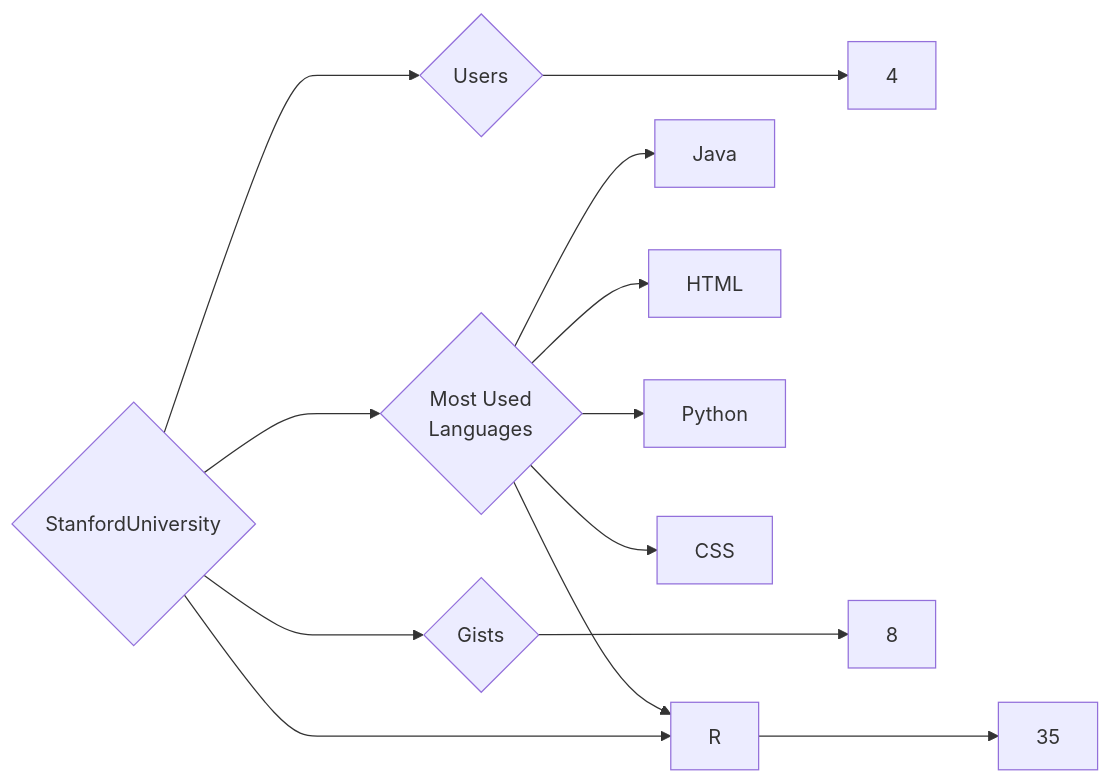
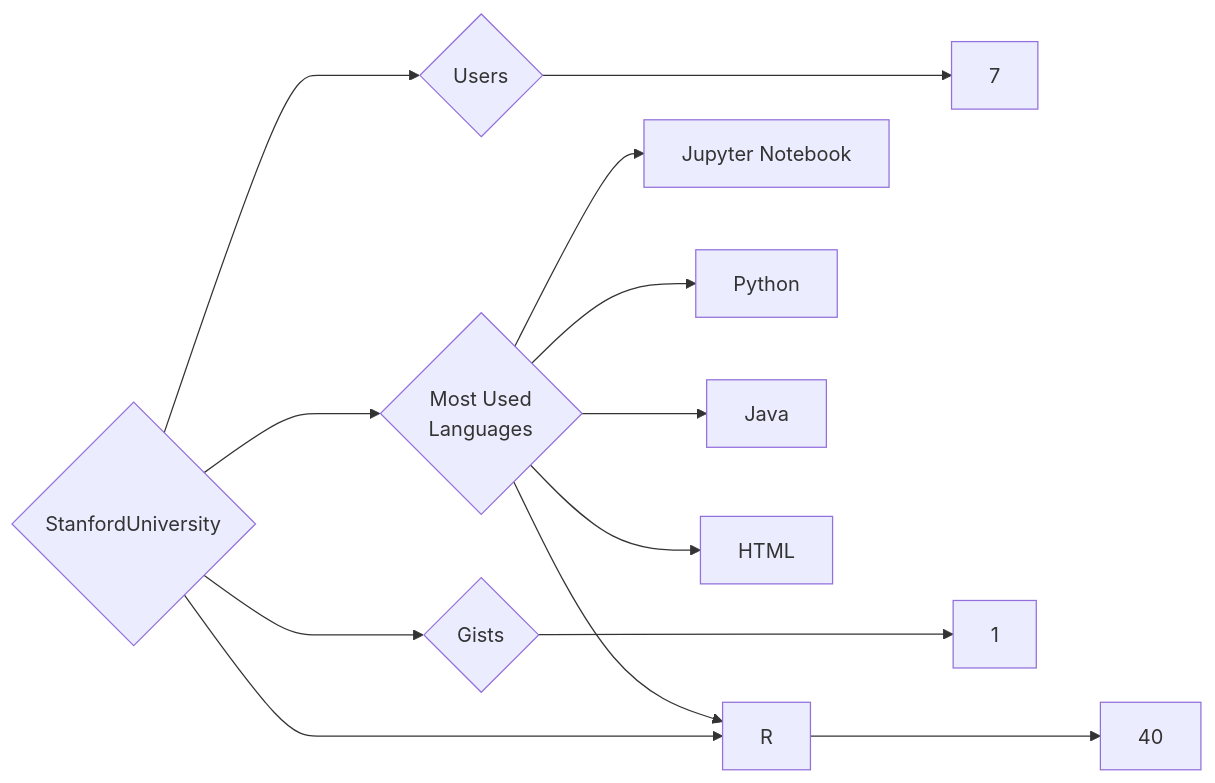
Before and after one commit to trickest/insiders: the diagram in targets/StanfordUniversity/README.md, drawn with Mermaid. The commit also changed 1484 other files, not shown here.

````diff
--- a/targets/StanfordUniversity/README.md
+++ b/targets/StanfordUniversity/README.md
@@ -3,13 +3,13 @@
 ```mermaid
 graph LR
 COMPANY_NAME{StanfordUniversity}
-COMPANY_NAME ---> U{Users} ---> UN[4]
-COMPANY_NAME ---> R{Repositories} ---> RN[35]
-COMPANY_NAME ---> G{Gists} ---> GN[8]
+COMPANY_NAME ---> U{Users} ---> UN[7]
+COMPANY_NAME ---> R{Repositories} ---> RN[40]
+COMPANY_NAME ---> G{Gists} ---> GN[1]
 COMPANY_NAME ---> ML{Most Used<br>Languages}
+ML --> Jupyter_Notebook[Jupyter Notebook]
+ML --> Python[Python]
 ML --> Java[Java]
 ML --> HTML[HTML]
-ML --> Python[Python]
-ML --> CSS[CSS]
 ML --> R[R]
 ```
````
